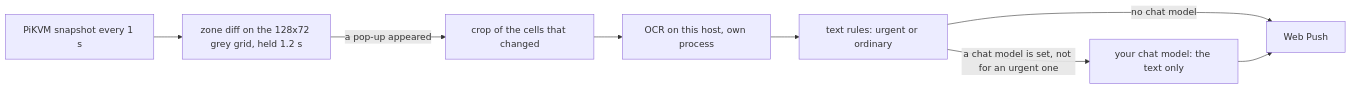
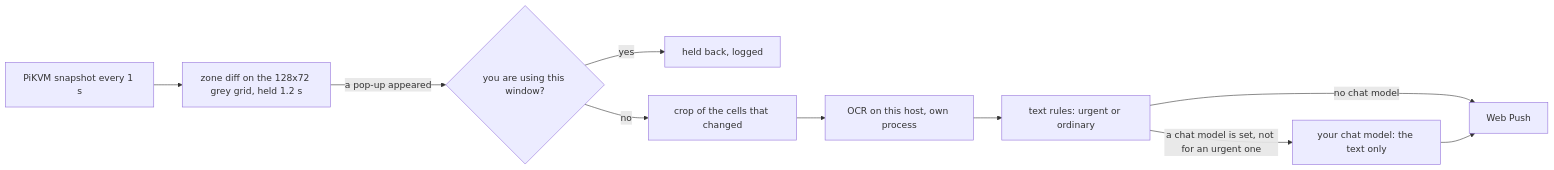
Before and after one commit to kierandrewett/pikvm-desktop-agentic: the second of 2 diagrams in docs/deploy-web.md, drawn with Mermaid. The commit also changed other lines of this file and 19 other files, not shown here.

````diff
--- a/docs/deploy-web.md
+++ b/docs/deploy-web.md
@@ -96,10 +96,12 @@
 ```mermaid
 flowchart LR
     pi[PiKVM snapshot every 1 s] --> zone[zone diff on the 128x72 grey grid, held 1.2 s]
-    zone -->|a pop-up appeared| crop[crop of the cells that changed]
+    zone -->|a pop-up appeared| here{you are using this window?}
+    here -->|yes| held[held back, logged]
+    here -->|no| crop[crop of the cells that changed]
     crop --> ocr[OCR on this host, own process]
     ocr --> rules[text rules: urgent or ordinary]
     rules -->|a chat model is set, not for an urgent one| chat[your chat model: the text only]
     rules -->|no chat model| push[Web Push]
     chat --> push
 ```
````
